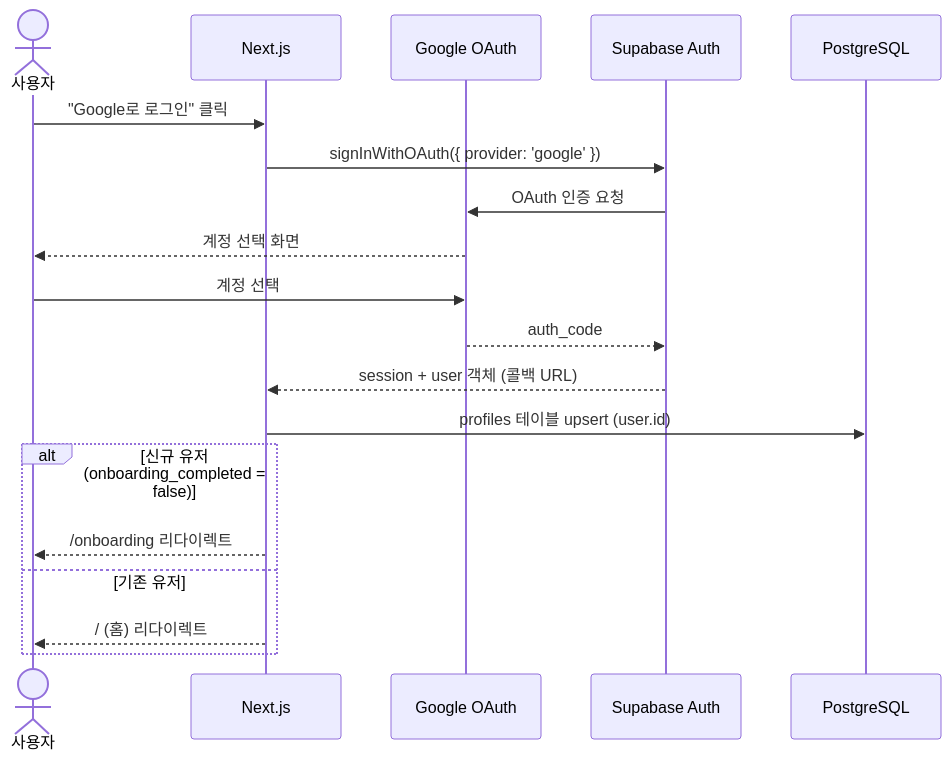
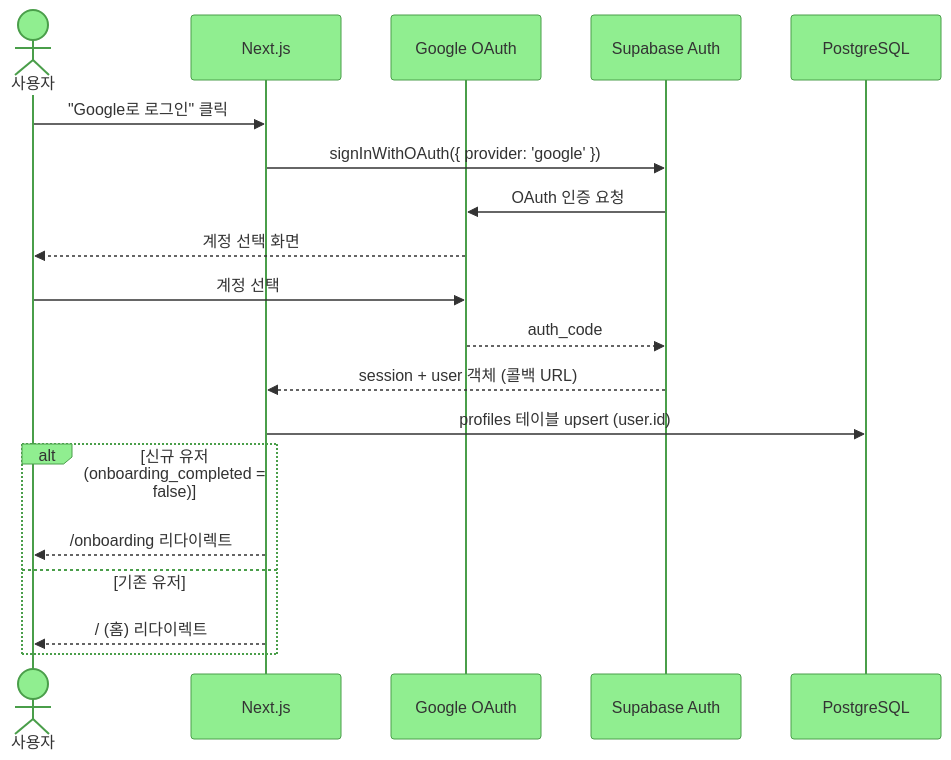
Before and after one commit to young017/weather: the third of 5 diagrams in 코드이해문서.md, drawn with Mermaid. The commit also changed other lines of this file, not shown here.

Commit message:
docs: 헤더 원상복구, Mermaid 다이어그램 연두색 테마 적용

````diff
--- a/코드이해문서.md
+++ b/코드이해문서.md
@@ -121,22 +123,23 @@
 ```mermaid
+%%{init: {'theme': 'base', 'themeVariables': {'primaryColor': '#90EE90', 'primaryBorderColor': '#4a9e4a', 'lineColor': '#4a9e4a', 'actorBkg': '#90EE90', 'actorBorder': '#4a9e4a'}}}%%
 sequenceDiagram
     actor User as 사용자
     participant App as Next.js
     participant Google as Google OAuth
     participant SB as Supabase Auth
     participant DB as PostgreSQL
 
     User->>App: "Google로 로그인" 클릭
     App->>SB: signInWithOAuth({ provider: 'google' })
     SB->>Google: OAuth 인증 요청
     Google-->>User: 계정 선택 화면
     User->>Google: 계정 선택
     Google-->>SB: auth_code
     SB-->>App: session + user 객체 (콜백 URL)
     App->>DB: profiles 테이블 upsert (user.id)
     alt 신규 유저 (onboarding_completed = false)
         App-->>User: /onboarding 리다이렉트
     else 기존 유저
         App-->>User: / (홈) 리다이렉트
     end
 ```
````
